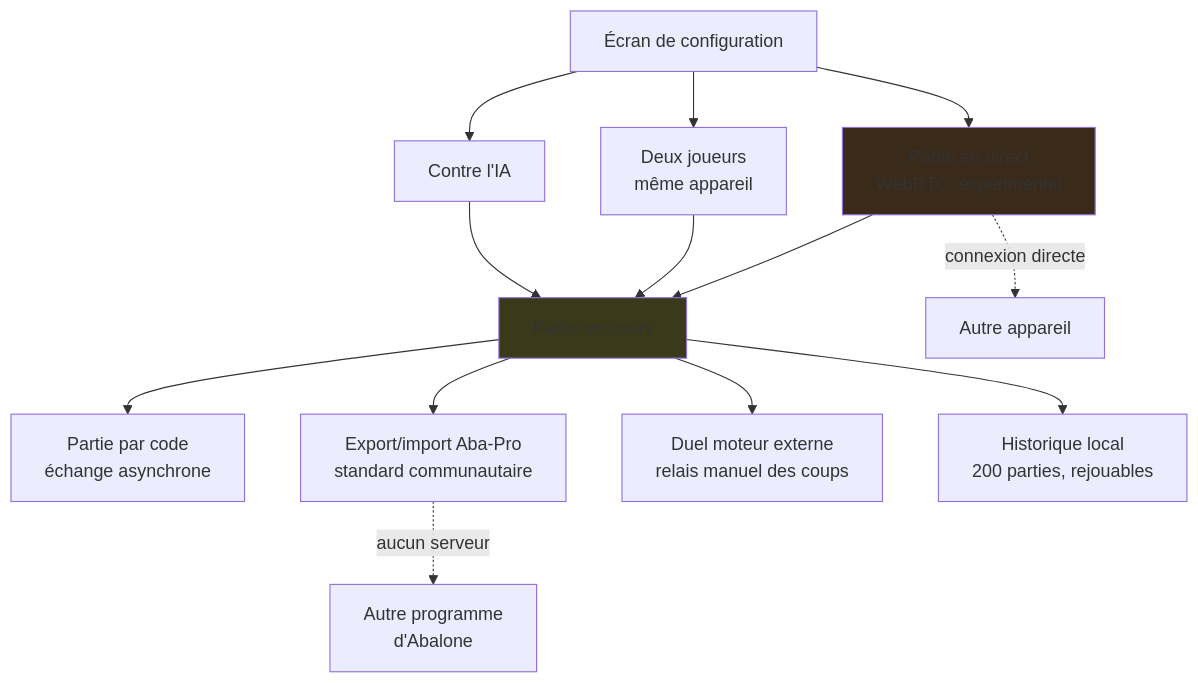
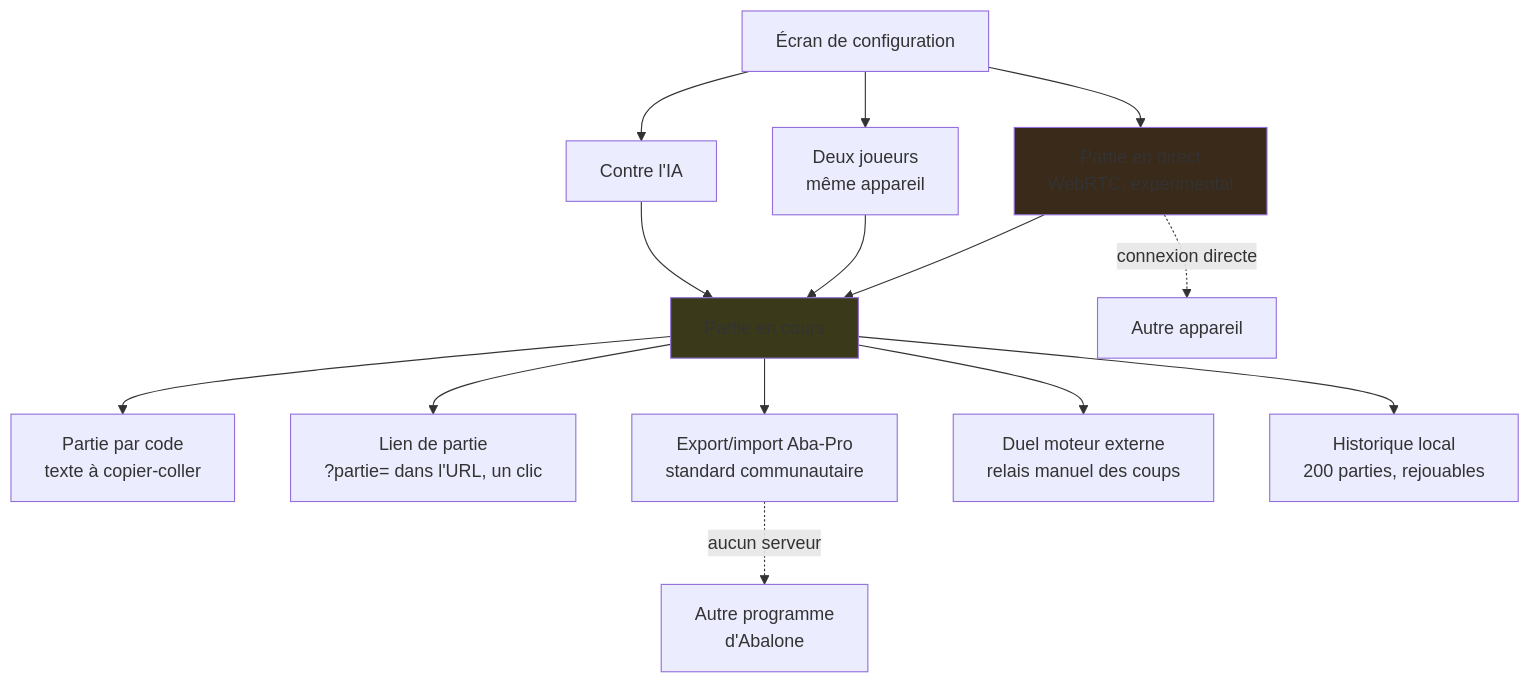
Before and after one commit to ocj94/Abalassembly: the third of 3 diagrams in docs/Architecture.md, drawn with Mermaid. The commit also changed other lines of this file, not shown here.

Commit message:
11 -> 13 variantes (verifie par decompression de TREES_B64, meme correction que index.html). Ajout du lien de partie (?partie=) au diagramme des echanges. Mention du trainer 'Finale prouvee' pour les tablebases. Marqueur de version v2.39 -> v2.45 (APP_VERSION reelle).

````diff
--- a/docs/Architecture.md
+++ b/docs/Architecture.md
@@ -76,21 +76,22 @@
 ```mermaid
 flowchart TD
     M[Écran de configuration] --> A1[Contre l'IA]
     M --> A2[Deux joueurs<br/>même appareil]
     M --> A3[Partie en direct<br/>WebRTC, expérimental]
 
     A1 --> G[Partie en cours]
     A2 --> G
     A3 --> G
 
-    G --> X1[Partie par code<br/>échange asynchrone]
+    G --> X1[Partie par code<br/>texte à copier-coller]
+    G --> X1b[Lien de partie<br/>?partie= dans l'URL, un clic]
     G --> X2[Export/import Aba-Pro<br/>standard communautaire]
     G --> X3[Duel moteur externe<br/>relais manuel des coups]
     G --> X4[Historique local<br/>200 parties, rejouables]
 
     X2 -.->|aucun serveur| EXT[Autre programme<br/>d'Abalone]
     A3 -.->|connexion directe| P2[Autre appareil]
 
     style G fill:#3a3a1a
     style A3 fill:#3a2a1a
 ```
````
